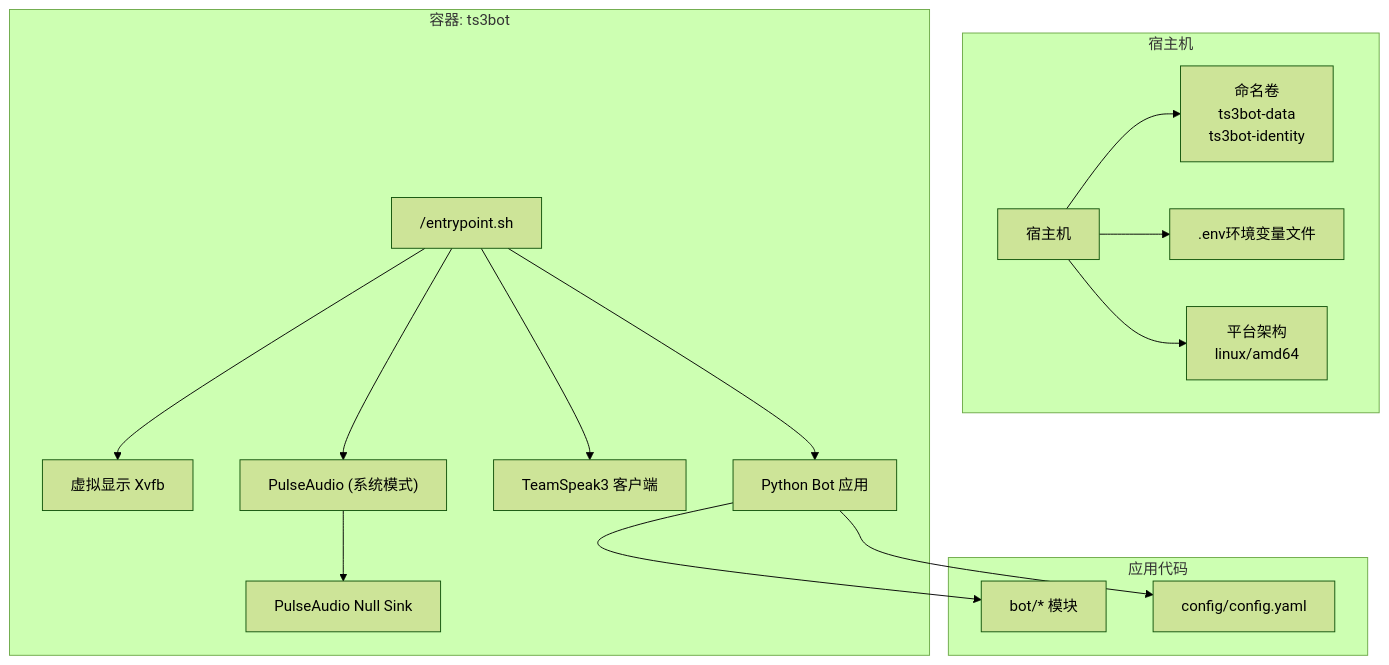
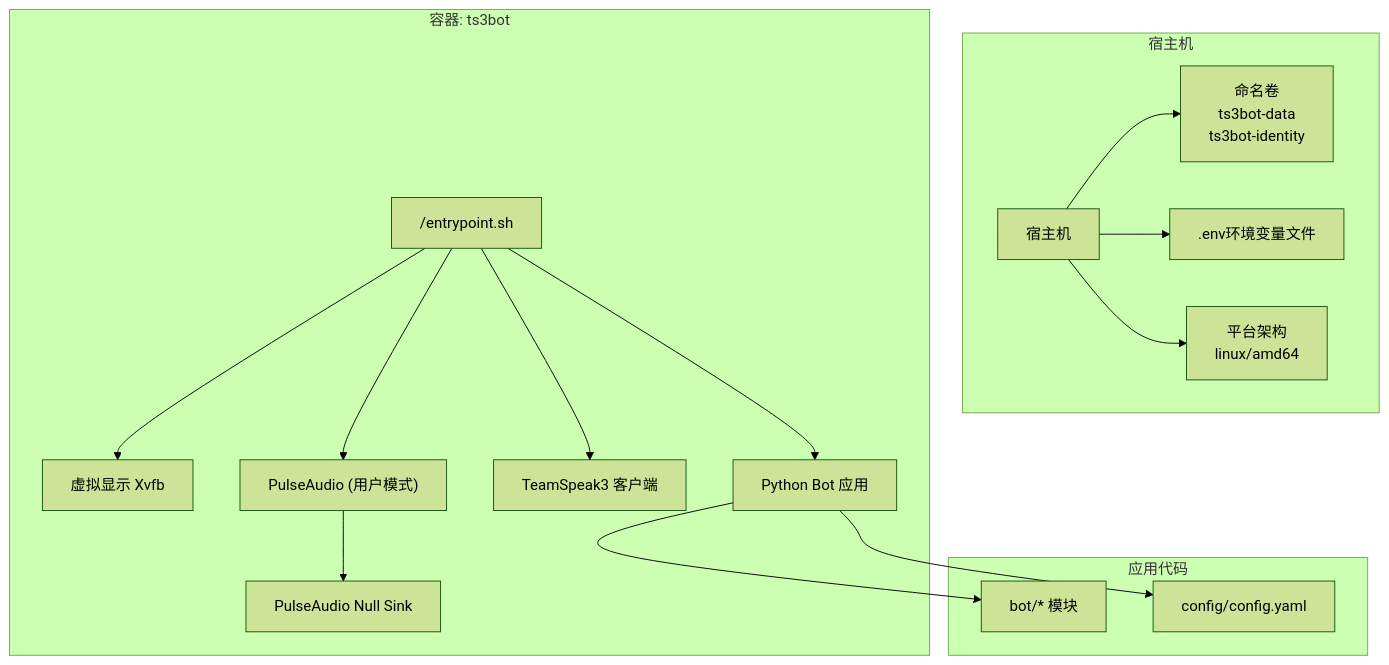
Before and after one commit to GhoulOwl/Teamspeak3_Bot: the first of 3 diagrams in .qoder/repowiki/zh/content/部署和运维/Docker容器化部署.md, drawn with Mermaid (forest theme). The commit also changed other lines of this file and 4 other files, not shown here.

````diff
--- a/.qoder/repowiki/zh/content/部署和运维/Docker容器化部署.md
+++ b/.qoder/repowiki/zh/content/部署和运维/Docker容器化部署.md
@@ -49,31 +49,31 @@
 ```mermaid
 graph TB
 subgraph "宿主机"
 Host["宿主机"]
 Volumes["命名卷<br/>ts3bot-data<br/>ts3bot-identity"]
 Env[".env环境变量文件"]
 Platform["平台架构<br/>linux/amd64"]
 end
 subgraph "容器: ts3bot"
 Entrypoint["/entrypoint.sh"]
 Xvfb["虚拟显示 Xvfb"]
-Pulse["PulseAudio (系统模式)"]
+Pulse["PulseAudio (用户模式)"]
 NullSink["PulseAudio Null Sink"]
 TS3Client["TeamSpeak3 客户端"]
 Bot["Python Bot 应用"]
 end
 subgraph "应用代码"
 BotCode["bot/* 模块"]
 Config["config/config.yaml"]
 end
 Host --> Volumes
 Host --> Env
 Host --> Platform
 Entrypoint --> Xvfb
 Entrypoint --> Pulse
 Pulse --> NullSink
 Entrypoint --> TS3Client
 Entrypoint --> Bot
 Bot --> BotCode
 Bot --> Config
 ```
````
